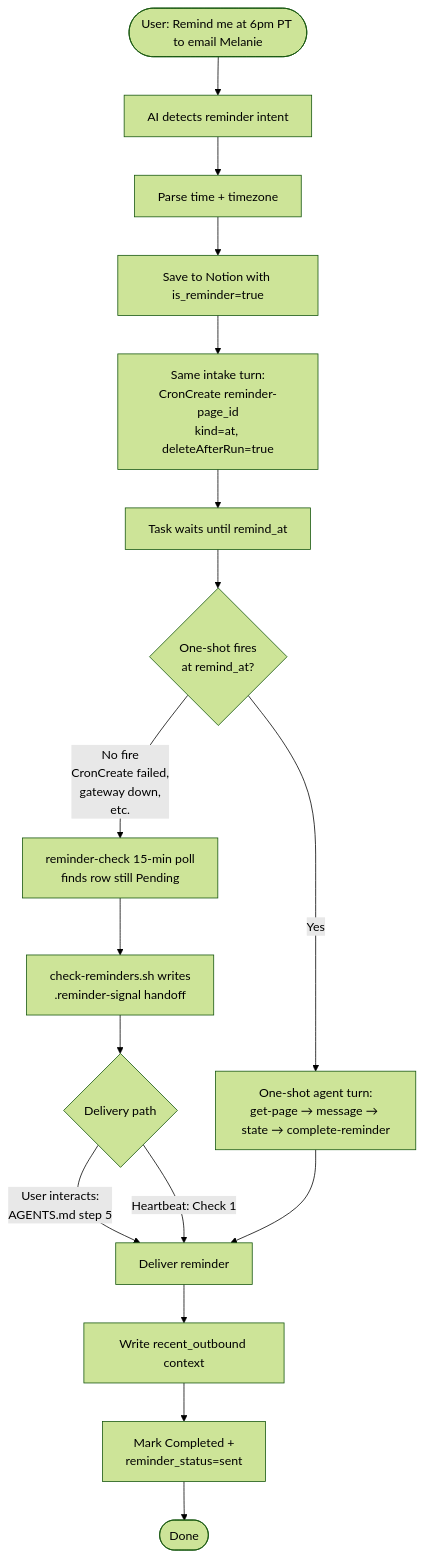
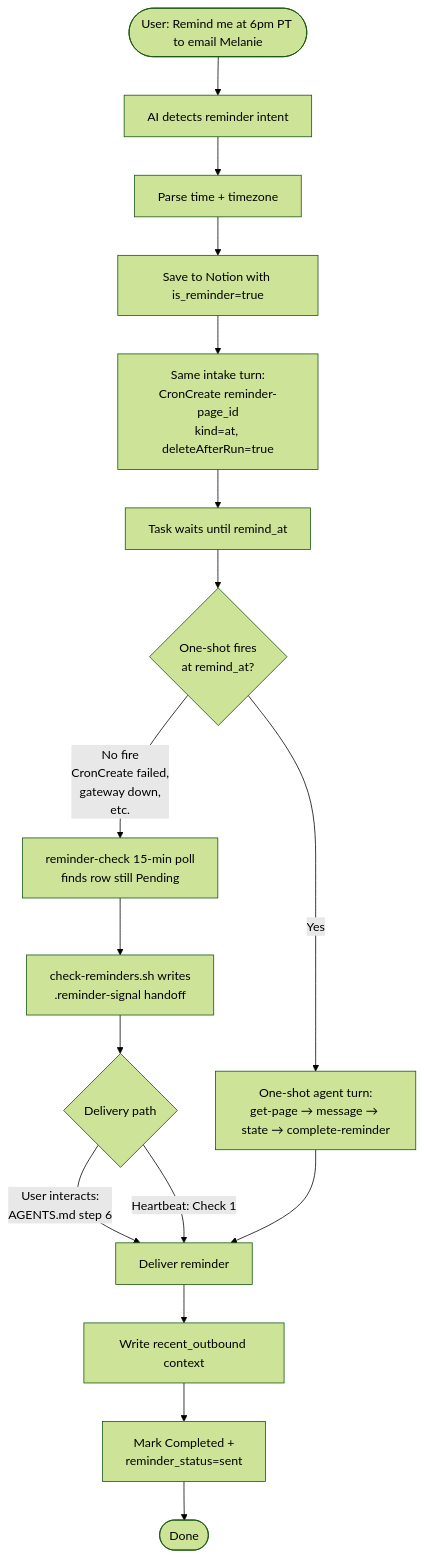
One commit to NickBorgersProbably/hide-my-list changed diagram 28 of 29 in docs/task-lifecycle.md. Above: the diagram before and after it, drawn with Mermaid (forest theme). The commit also changed other lines of this file and 15 other files, not shown here.

````diff
--- a/docs/task-lifecycle.md
+++ b/docs/task-lifecycle.md
@@ -917,23 +917,23 @@
 ```mermaid
 flowchart TD
     Intake([User: Remind me at 6pm PT to email Melanie]) --> Detect[AI detects reminder intent]
     Detect --> Parse[Parse time + timezone]
     Parse --> Save[Save to Notion with is_reminder=true]
     Save --> RegisterCron[Same intake turn:<br/>CronCreate reminder-page_id<br/>kind=at, deleteAfterRun=true]
     RegisterCron --> Wait[Task waits until remind_at]
 
     Wait --> OneShot{One-shot fires<br/>at remind_at?}
     OneShot -->|Yes| OneShotRun[One-shot agent turn:<br/>get-page → message → state → complete-reminder]
     OneShot -->|No fire<br/>CronCreate failed,<br/>gateway down,<br/>etc.| SafetyNet[reminder-check 15-min poll<br/>finds row still Pending]
     SafetyNet --> Handoff[check-reminders.sh writes<br/>.reminder-signal handoff]
     Handoff --> SafetyDeliver{Delivery path}
-    SafetyDeliver -->|User interacts:<br/>AGENTS.md step 5| Send
+    SafetyDeliver -->|User interacts:<br/>AGENTS.md step 6| Send
     SafetyDeliver -->|Heartbeat: Check 1| Send
 
     OneShotRun --> Send[Deliver reminder]
 
     Send --> Context[Write recent_outbound context]
     Context --> Complete[Mark Completed +<br/>reminder_status=sent]
 
     Complete --> Done([Done])
 ```
````
